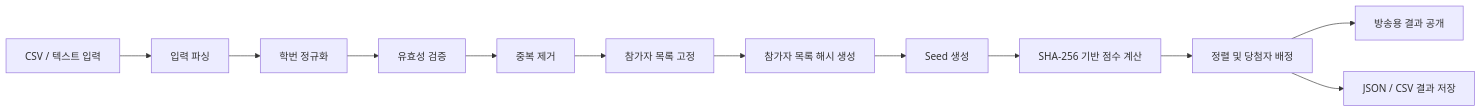
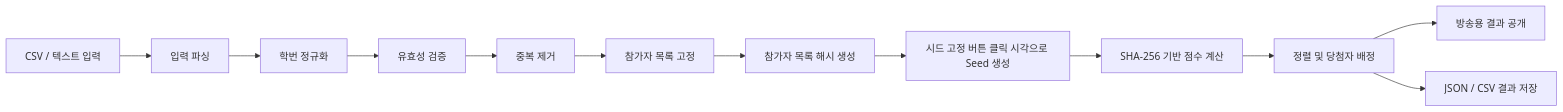
The first of 3 diagrams in docs/raffle_draw_program_dev_document.md (st-gradcomm/prizedraw-2), drawn with Mermaid before and after one commit. The commit also changed other lines of this file and 6 other files, not shown here.

````diff
--- a/docs/raffle_draw_program_dev_document.md
+++ b/docs/raffle_draw_program_dev_document.md
@@ -112,14 +111,14 @@
 ```mermaid
 flowchart LR
   A[CSV / 텍스트 입력] --> B[입력 파싱]
   B --> C[학번 정규화]
   C --> D[유효성 검증]
   D --> E[중복 제거]
   E --> F[참가자 목록 고정]
   F --> G[참가자 목록 해시 생성]
-  G --> H[Seed 생성]
+  G --> H[시드 고정 버튼 클릭 시각으로 Seed 생성]
   H --> I[SHA-256 기반 점수 계산]
   I --> J[정렬 및 당첨자 배정]
   J --> K[방송용 결과 공개]
   J --> L[JSON / CSV 결과 저장]
 ```
````
